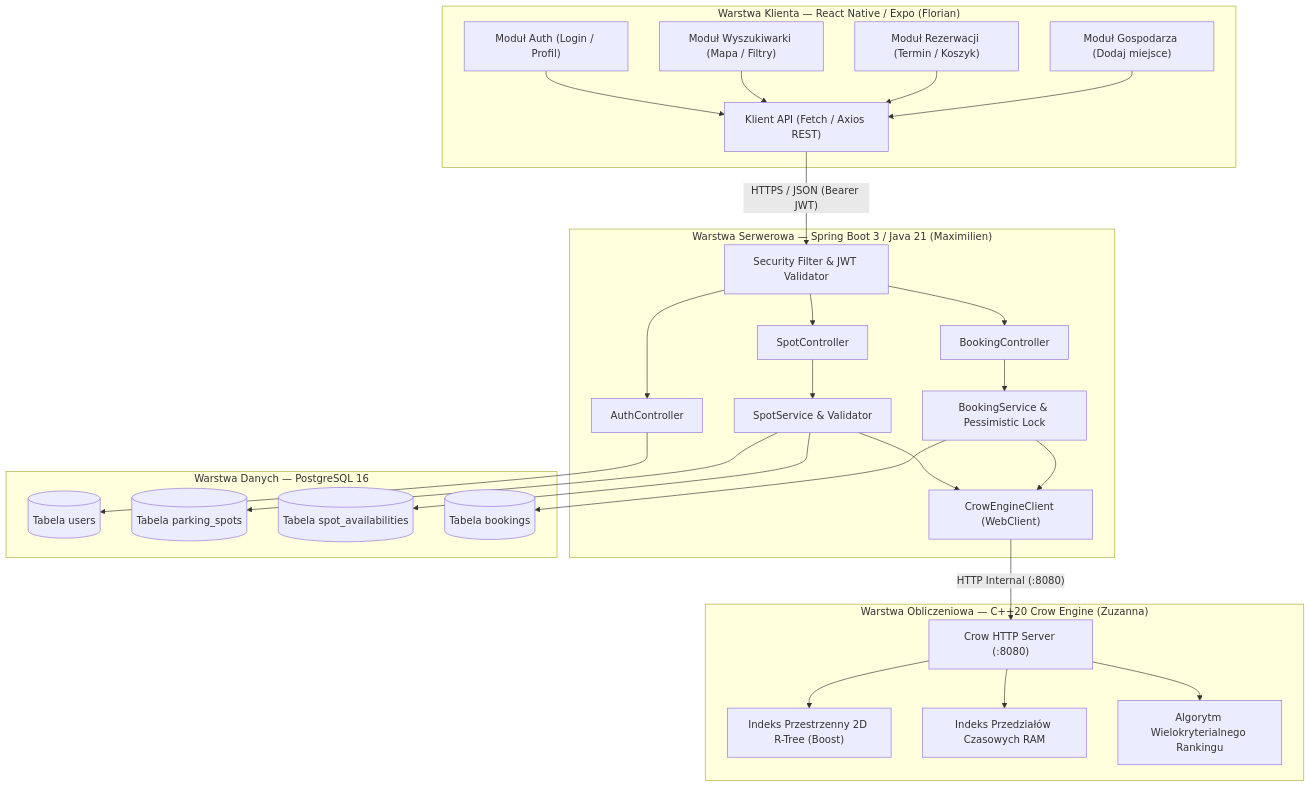
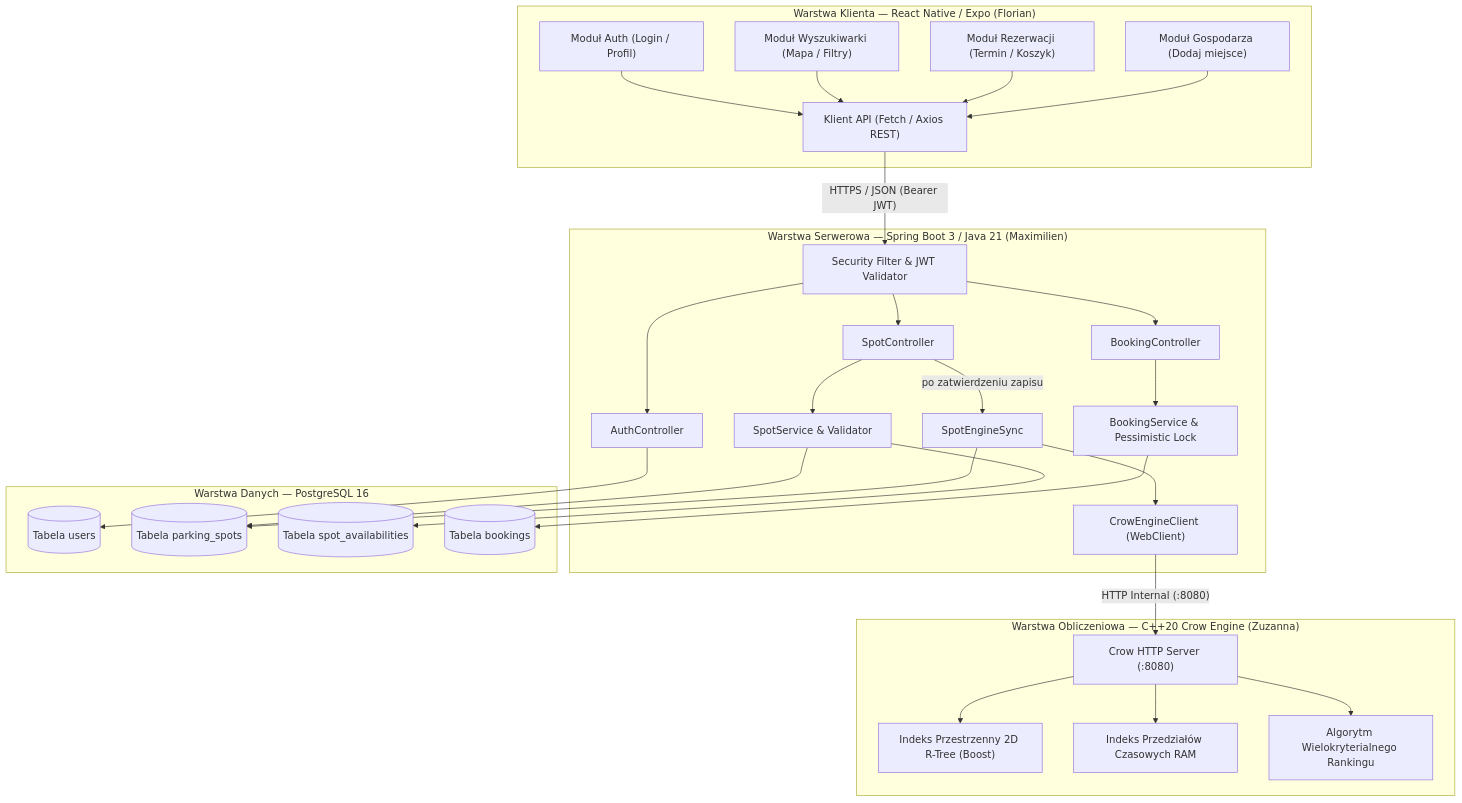
The first of 5 diagrams in docs/architecture.md (florep17/Spotlly), drawn with Mermaid before and after one commit. The commit also changed other lines of this file and 19 other files, not shown here.

Commit message:
feat: synchronize parking spots with Crow spatial index

````diff
--- a/docs/architecture.md
+++ b/docs/architecture.md
@@ -25,60 +36,62 @@
 ```mermaid
 graph TD
     subgraph ClientLayer ["Warstwa Klienta — React Native / Expo (Florian)"]
         UI_Auth["Moduł Auth (Login / Profil)"]
         UI_Search["Moduł Wyszukiwarki (Mapa / Filtry)"]
         UI_Booking["Moduł Rezerwacji (Termin / Koszyk)"]
         UI_Host["Moduł Gospodarza (Dodaj miejsce)"]
         API_Client["Klient API (Fetch / Axios REST)"]
 
         UI_Auth --> API_Client
         UI_Search --> API_Client
         UI_Booking --> API_Client
         UI_Host --> API_Client
     end
 
     subgraph BackendLayer ["Warstwa Serwerowa — Spring Boot 3 / Java 21 (Maximilien)"]
         Sec_Filter["Security Filter & JWT Validator"]
         Auth_Ctrl["AuthController"]
         Spot_Ctrl["SpotController"]
         Book_Ctrl["BookingController"]
         
         Spot_Svc["SpotService & Validator"]
         Book_Svc["BookingService & Pessimistic Lock"]
+        Spot_Sync["SpotEngineSync"]
         Crow_Client["CrowEngineClient (WebClient)"]
 
         Sec_Filter --> Auth_Ctrl
         Sec_Filter --> Spot_Ctrl
         Sec_Filter --> Book_Ctrl
 
         Spot_Ctrl --> Spot_Svc
         Book_Ctrl --> Book_Svc
-        Spot_Svc --> Crow_Client
-        Book_Svc --> Crow_Client
+        Spot_Ctrl -->|"po zatwierdzeniu zapisu"| Spot_Sync
+        Spot_Sync --> Crow_Client
     end
 
     subgraph EngineLayer ["Warstwa Obliczeniowa — C++20 Crow Engine (Zuzanna)"]
         Crow_Server["Crow HTTP Server (:8080)"]
         RTree_Index["Indeks Przestrzenny 2D R-Tree (Boost)"]
         Interval_Index["Indeks Przedziałów Czasowych RAM"]
         Ranking_Algo["Algorytm Wielokryterialnego Rankingu"]
 
         Crow_Server --> RTree_Index
         Crow_Server --> Interval_Index
         Crow_Server --> Ranking_Algo
     end
 
     subgraph DataLayer ["Warstwa Danych — PostgreSQL 16"]
         DB_Users[("Tabela users")]
         DB_Spots[("Tabela parking_spots")]
         DB_Avail[("Tabela spot_availabilities")]
         DB_Bookings[("Tabela bookings")]
     end
 
     API_Client -->|"HTTPS / JSON (Bearer JWT)"| Sec_Filter
     Crow_Client -->|"HTTP Internal (:8080)"| Crow_Server
     Spot_Svc --> DB_Spots
+    Spot_Sync --> DB_Spots
     Spot_Svc --> DB_Avail
     Book_Svc --> DB_Bookings
     Auth_Ctrl --> DB_Users
 ```
````
